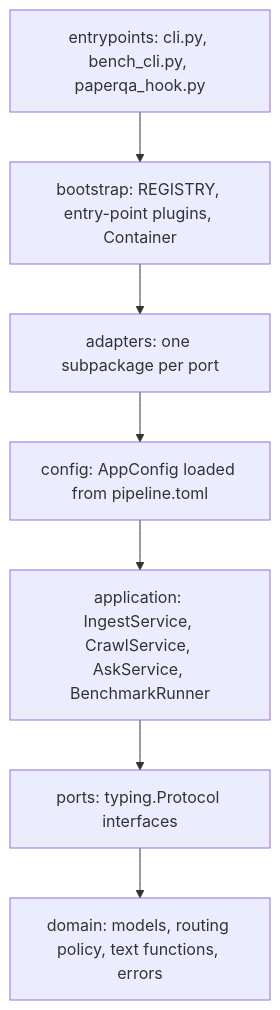
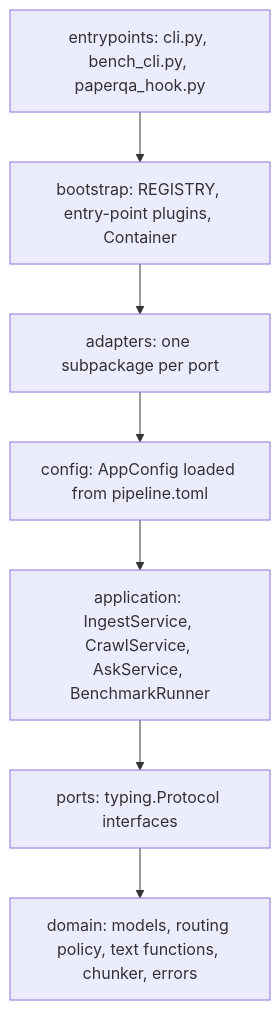
Before and after one commit to etxsA/doc-ingest: the eighth of 8 diagrams in packages/docingest/README.md, drawn with Mermaid. The commit also changed other lines of this file and 9 other files, not shown here.

First line of the commit message:
feat(domain): page-aware chunker with the same output as PaperQA2's chunk_pdf

````diff
--- a/packages/docingest/README.md
+++ b/packages/docingest/README.md
@@ -570,9 +570,9 @@
 ```mermaid
 flowchart TD
     EP["entrypoints: cli.py, bench_cli.py, paperqa_hook.py"] --> BS["bootstrap: REGISTRY, entry-point plugins, Container"]
     BS --> AD["adapters: one subpackage per port"]
     AD --> CF["config: AppConfig loaded from pipeline.toml"]
     CF --> AP["application: IngestService, CrawlService, AskService, BenchmarkRunner"]
     AP --> PO["ports: typing.Protocol interfaces"]
-    PO --> DO["domain: models, routing policy, text functions, errors"]
+    PO --> DO["domain: models, routing policy, text functions, chunker, errors"]
 ```
````
